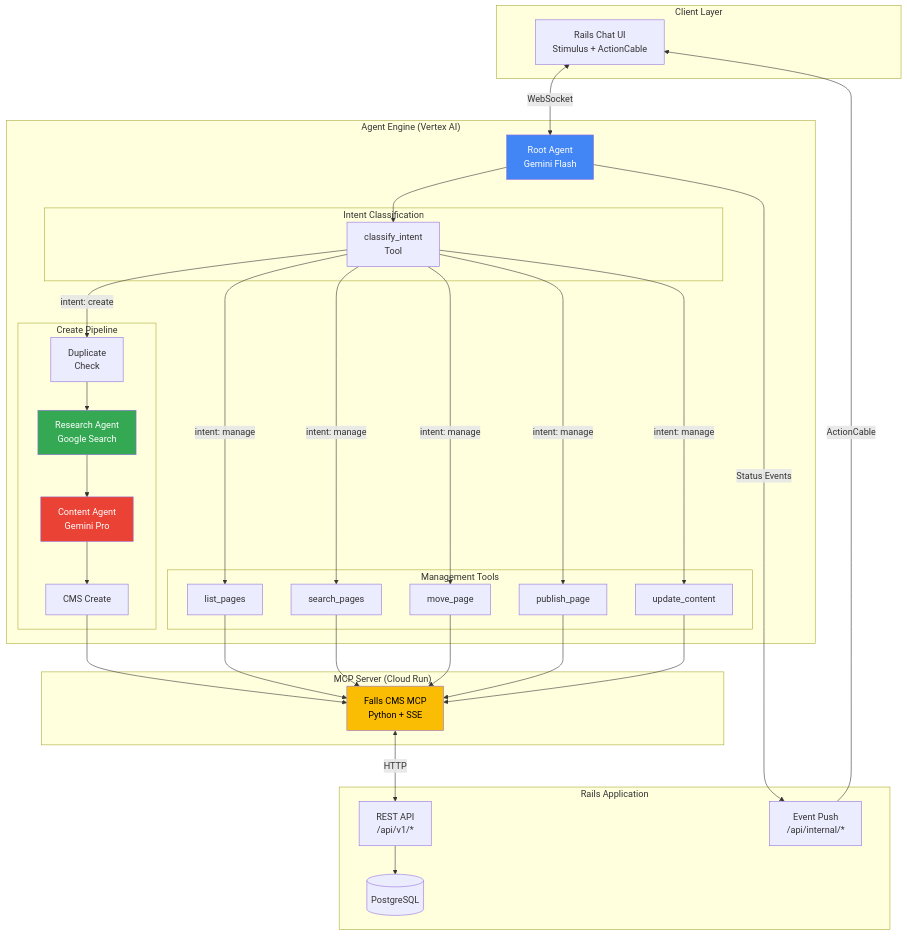
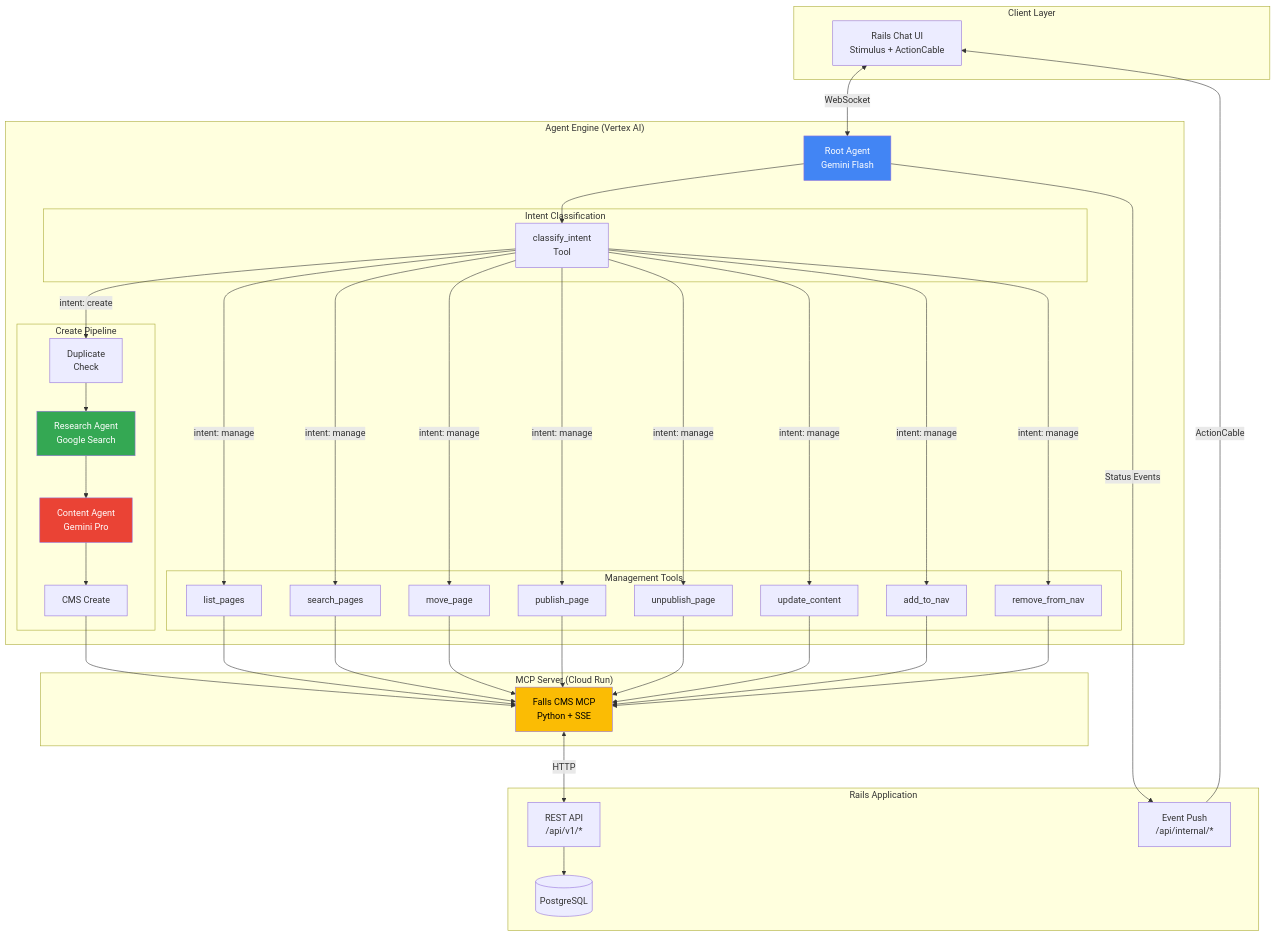
The first of 2 diagrams in README.md (jasononaquest/fil-agent), drawn with Mermaid before and after one commit. The commit also changed other lines of this file, not shown here.

First line of the commit message:
docs: add nav location management to README

````diff
--- a/README.md
+++ b/README.md
@@ -66,59 +77,62 @@
 ```mermaid
 flowchart TB
     subgraph "Client Layer"
         UI[Rails Chat UI<br/>Stimulus + ActionCable]
     end
 
     subgraph "Agent Engine (Vertex AI)"
         ROOT[Root Agent<br/>Gemini Flash]
 
         subgraph "Intent Classification"
             ROUTER[classify_intent<br/>Tool]
         end
 
         subgraph "Create Pipeline"
             DUP[Duplicate<br/>Check]
             RES[Research Agent<br/>Google Search]
             CON[Content Agent<br/>Gemini Pro]
             CMS_CREATE[CMS Create]
         end
 
         subgraph "Management Tools"
             LIST[list_pages]
             SEARCH[search_pages]
             MOVE[move_page]
             PUB[publish_page]
+            UNPUB[unpublish_page]
             UPDATE[update_content]
+            ADDNAV[add_to_nav]
+            REMNAV[remove_from_nav]
         end
     end
 
     subgraph "MCP Server (Cloud Run)"
         MCP[Falls CMS MCP<br/>Python + SSE]
     end
 
     subgraph "Rails Application"
         API[REST API<br/>/api/v1/*]
         EVENTS[Event Push<br/>/api/internal/*]
         DB[(PostgreSQL)]
     end
 
     UI <-->|WebSocket| ROOT
     ROOT --> ROUTER
     ROUTER -->|"intent: create"| DUP
     DUP --> RES
     RES --> CON
     CON --> CMS_CREATE
-    ROUTER -->|"intent: manage"| LIST & SEARCH & MOVE & PUB & UPDATE
+    ROUTER -->|"intent: manage"| LIST & SEARCH & MOVE & PUB & UNPUB & UPDATE & ADDNAV & REMNAV
 
     CMS_CREATE --> MCP
-    LIST & SEARCH & MOVE & PUB & UPDATE --> MCP
+    LIST & SEARCH & MOVE & PUB & UNPUB & UPDATE & ADDNAV & REMNAV --> MCP
     MCP <-->|HTTP| API
     ROOT -->|Status Events| EVENTS
     API --> DB
     EVENTS -->|ActionCable| UI
 
     style ROOT fill:#4285f4,color:#fff
     style RES fill:#34a853,color:#fff
     style CON fill:#ea4335,color:#fff
     style MCP fill:#fbbc04,color:#000
 ```
````
